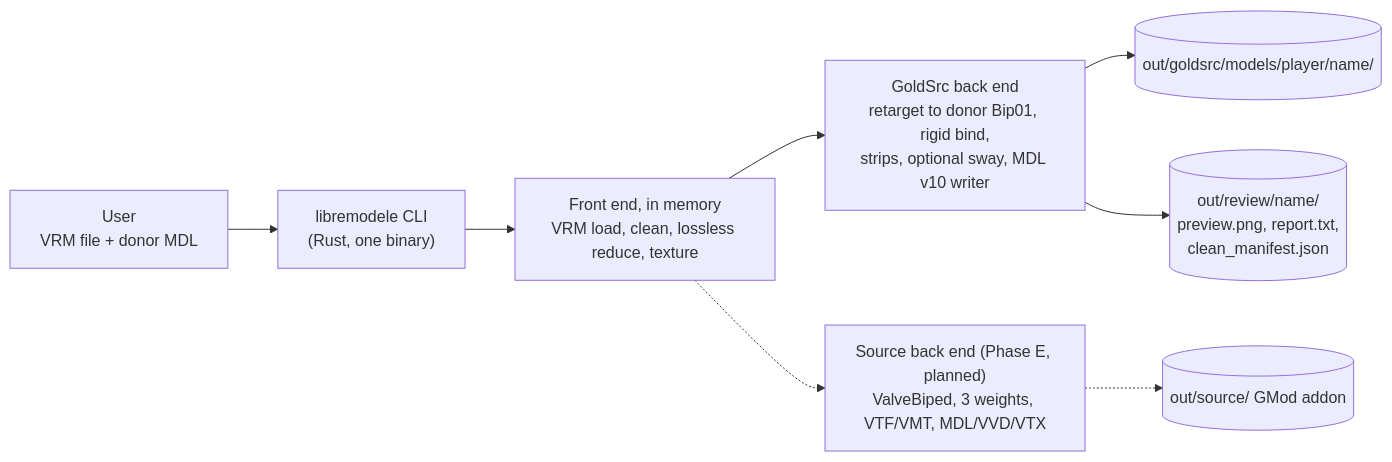
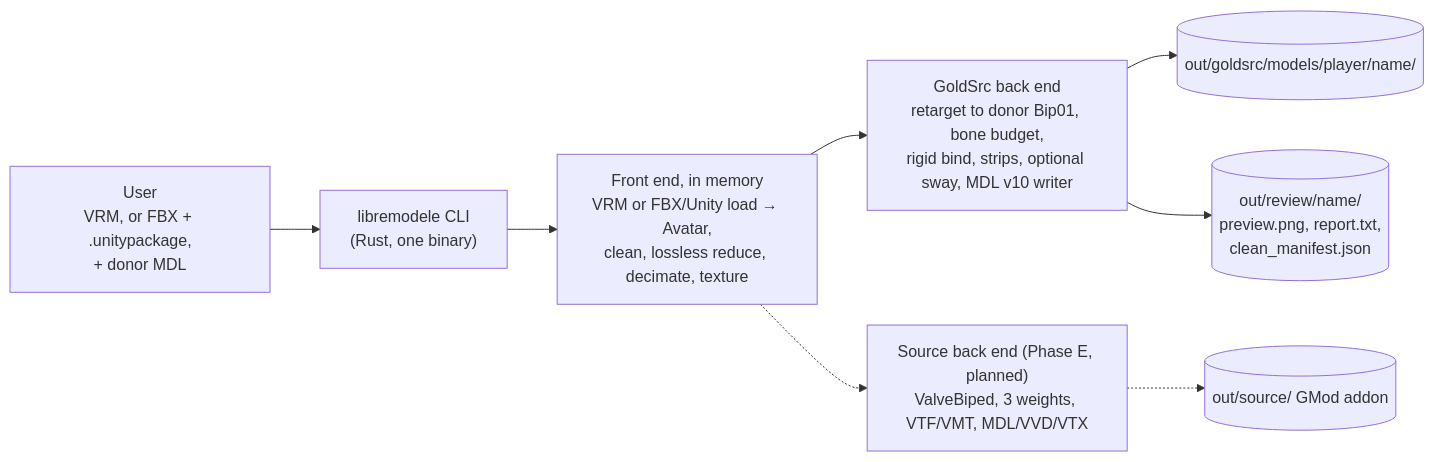
One commit to kritzerenkrieg/libremodele changed the diagram in ARCHITECTURE.md. Above: the diagram before and after it, drawn with Mermaid. The commit also changed other lines of this file and 14 other files, not shown here.

````diff
--- a/ARCHITECTURE.md
+++ b/ARCHITECTURE.md
@@ -7,10 +7,10 @@
 ```mermaid
 flowchart LR
-    User["User<br/>VRM file + donor MDL"] --> Cli["libremodele CLI<br/>(Rust, one binary)"]
-    Cli --> Front["Front end, in memory<br/>VRM load, clean, lossless reduce, texture"]
-    Front --> Gold["GoldSrc back end<br/>retarget to donor Bip01, rigid bind,<br/>strips, optional sway, MDL v10 writer"]
+    User["User<br/>VRM, or FBX + .unitypackage,<br/>+ donor MDL"] --> Cli["libremodele CLI<br/>(Rust, one binary)"]
+    Cli --> Front["Front end, in memory<br/>VRM or FBX/Unity load → Avatar,<br/>clean, lossless reduce, decimate, texture"]
+    Front --> Gold["GoldSrc back end<br/>retarget to donor Bip01, bone budget,<br/>rigid bind, strips, optional sway, MDL v10 writer"]
     Front -.-> Src["Source back end (Phase E, planned)<br/>ValveBiped, 3 weights, VTF/VMT, MDL/VVD/VTX"]
     Gold --> OutGold[("out/goldsrc/models/player/name/")]
     Gold --> Review[("out/review/name/<br/>preview.png, report.txt,<br/>clean_manifest.json")]
     Src -.-> OutSrc[("out/source/ GMod addon")]
 ```
````
